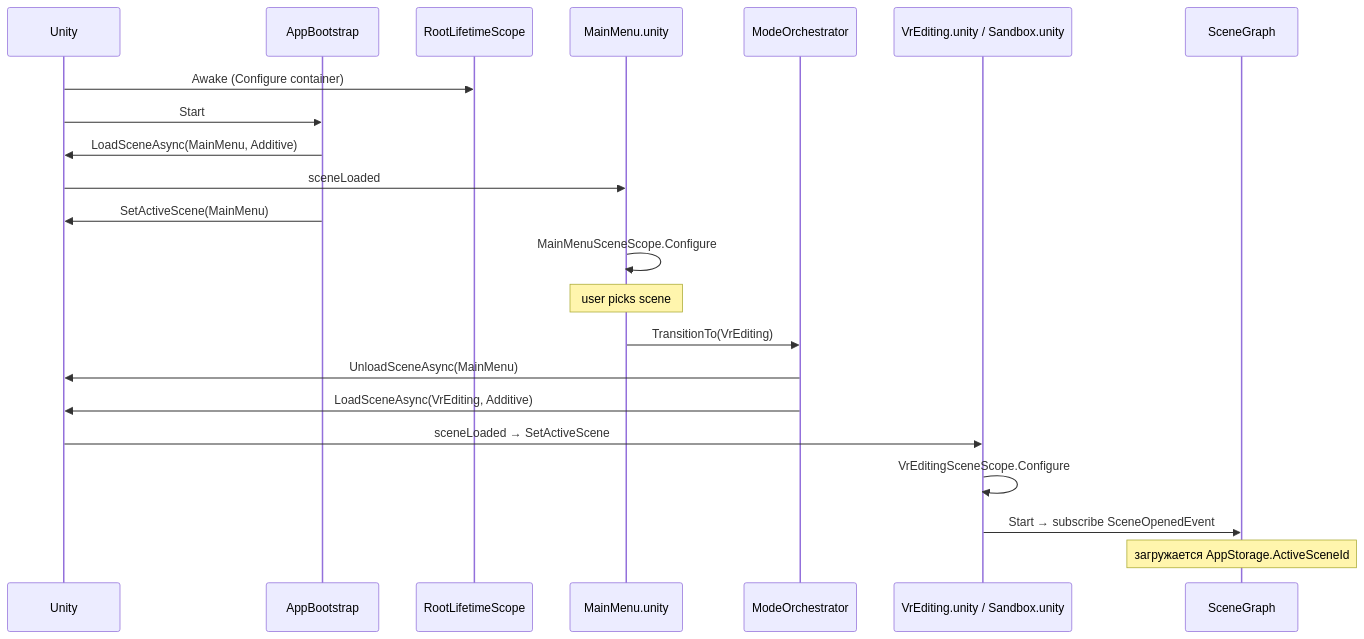
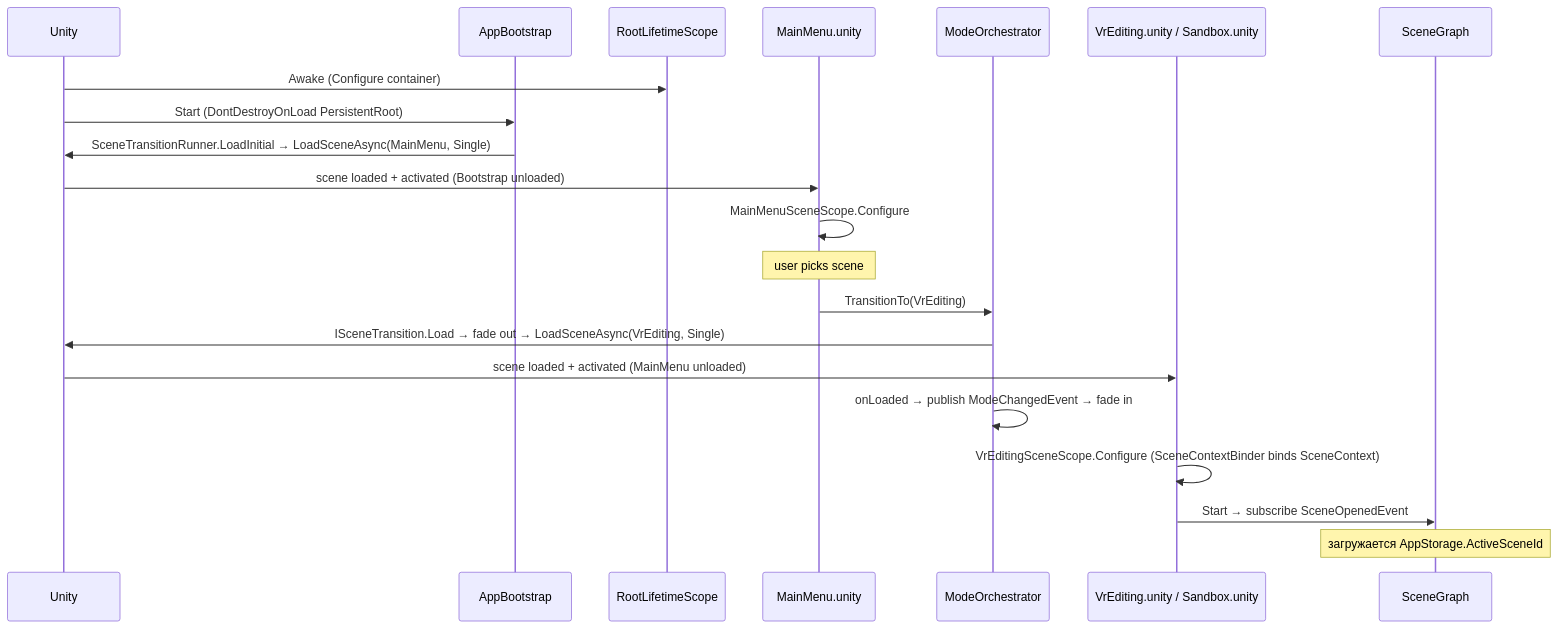
One commit to Promokot/PromeonLab changed the first of 3 diagrams in .planning/docs/ARCHITECTURE.md. Above: the diagram before and after it, drawn with Mermaid. The commit also changed other lines of this file and 11 other files, not shown here.

````diff
--- a/.planning/docs/ARCHITECTURE.md
+++ b/.planning/docs/ARCHITECTURE.md
@@ -25,25 +27,24 @@
 ```mermaid
 sequenceDiagram
     participant Unity
     participant AppBootstrap
     participant RootScope as RootLifetimeScope
     participant MainMenu as MainMenu.unity
     participant Orchestrator as ModeOrchestrator
     participant VrEditing as VrEditing.unity / Sandbox.unity
     participant SceneGraph
 
     Unity->>RootScope: Awake (Configure container)
-    Unity->>AppBootstrap: Start
-    AppBootstrap->>Unity: LoadSceneAsync(MainMenu, Additive)
-    Unity->>MainMenu: sceneLoaded
-    AppBootstrap->>Unity: SetActiveScene(MainMenu)
+    Unity->>AppBootstrap: Start (DontDestroyOnLoad PersistentRoot)
+    AppBootstrap->>Unity: SceneTransitionRunner.LoadInitial → LoadSceneAsync(MainMenu, Single)
+    Unity->>MainMenu: scene loaded + activated (Bootstrap unloaded)
     MainMenu->>MainMenu: MainMenuSceneScope.Configure
     Note over MainMenu: user picks scene
     MainMenu->>Orchestrator: TransitionTo(VrEditing)
-    Orchestrator->>Unity: UnloadSceneAsync(MainMenu)
-    Orchestrator->>Unity: LoadSceneAsync(VrEditing, Additive)
-    Unity->>VrEditing: sceneLoaded → SetActiveScene
-    VrEditing->>VrEditing: VrEditingSceneScope.Configure
+    Orchestrator->>Unity: ISceneTransition.Load → fade out → LoadSceneAsync(VrEditing, Single)
+    Unity->>VrEditing: scene loaded + activated (MainMenu unloaded)
+    Orchestrator->>Orchestrator: onLoaded → publish ModeChangedEvent → fade in
+    VrEditing->>VrEditing: VrEditingSceneScope.Configure (SceneContextBinder binds SceneContext)
     VrEditing->>SceneGraph: Start → subscribe SceneOpenedEvent
     Note over SceneGraph: загружается AppStorage.ActiveSceneId
 ```
````
